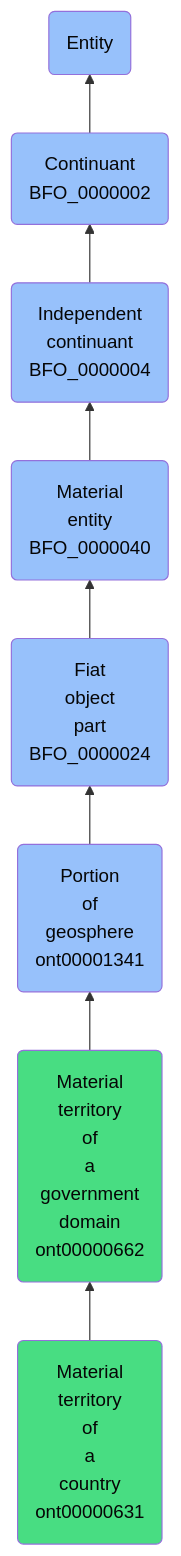
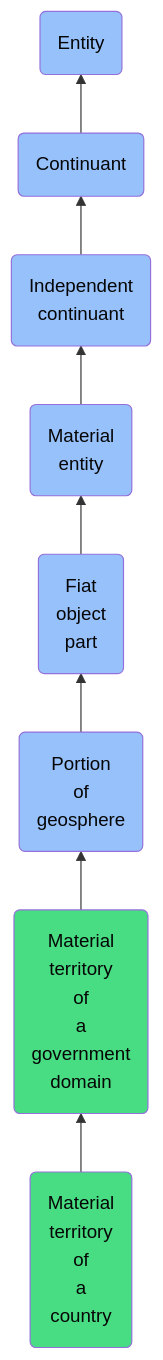
One commit to jupyter-naas/abi changed the diagram in docs/ontology/reference/model/Entity/Continuant/Independent continuant/Material entity/Fiat object part/Portion of geosphere/Material territory of a government domain/Material territory of a country/Material territory of a country.md. Above: the diagram before and after it, drawn with Mermaid. The commit also changed other lines of this file and 1430 other files, not shown here.

````diff
--- a/docs/ontology/reference/model/Entity/Continuant/Independent continuant/Material entity/Fiat object part/Portion of geosphere/Material territory of a government domain/Material territory of a country/Material territory of a country.md
+++ b/docs/ontology/reference/model/Entity/Continuant/Independent continuant/Material entity/Fiat object part/Portion of geosphere/Material territory of a government domain/Material territory of a country/Material territory of a country.md
@@ -24,15 +24,15 @@
 ```mermaid
 graph BT
-    ont00000631(Material<br>territory<br>of<br>a<br>country<br>ont00000631):::ABI-->ont00000662
-    ont00000662(Material<br>territory<br>of<br>a<br>government<br>domain<br>ont00000662):::ABI-->ont00001341
-    ont00001341(Portion<br>of<br>geosphere<br>ont00001341):::BFO-->BFO_0000024
-    BFO_0000024(Fiat<br>object<br>part<br>BFO_0000024):::BFO-->BFO_0000040
-    BFO_0000040(Material<br>entity<br>BFO_0000040):::BFO-->BFO_0000004
-    BFO_0000004(Independent<br>continuant<br>BFO_0000004):::BFO-->BFO_0000002
-    BFO_0000002(Continuant<br>BFO_0000002):::BFO-->BFO_0000001
+    ont00000631(Material<br>territory<br>of<br>a<br>country):::ABI-->ont00000662
+    ont00000662(Material<br>territory<br>of<br>a<br>government<br>domain):::ABI-->ont00001341
+    ont00001341(Portion<br>of<br>geosphere):::BFO-->BFO_0000024
+    BFO_0000024(Fiat<br>object<br>part):::BFO-->BFO_0000040
+    BFO_0000040(Material<br>entity):::BFO-->BFO_0000004
+    BFO_0000004(Independent<br>continuant):::BFO-->BFO_0000002
+    BFO_0000002(Continuant):::BFO-->BFO_0000001
     BFO_0000001(Entity):::BFO
     
     classDef BFO fill:#97c1fb,color:#060606
     classDef CCO fill:#e4c51e,color:#060606
     classDef ABI fill:#48DD82,color:#060606
 ```
````
